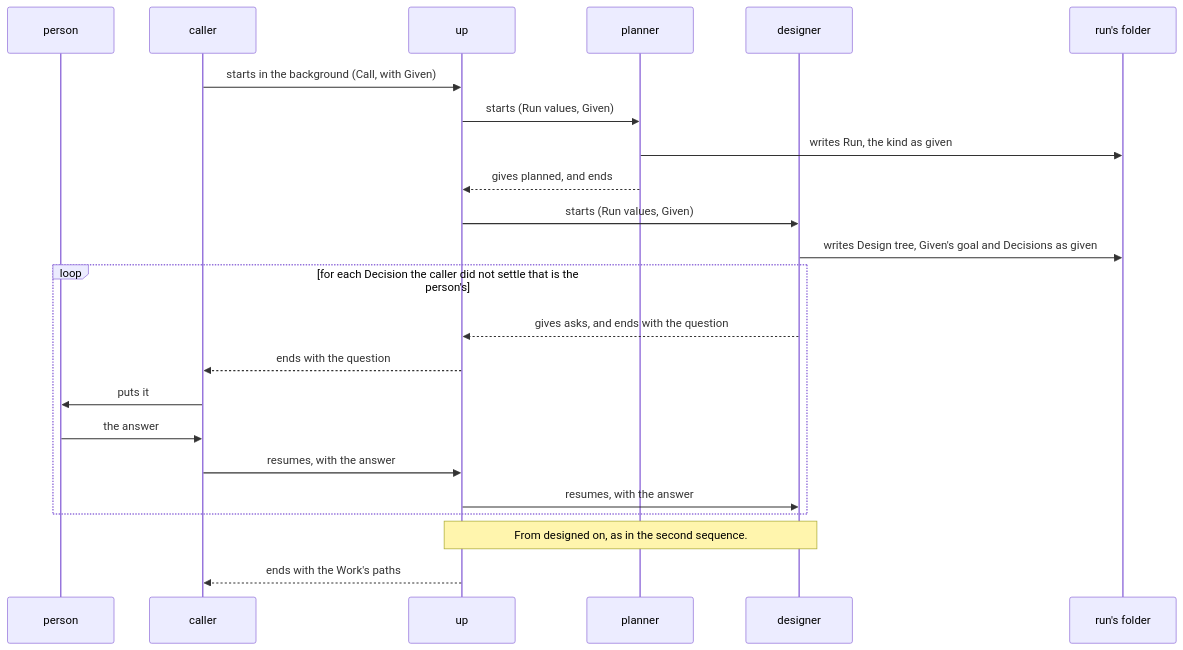
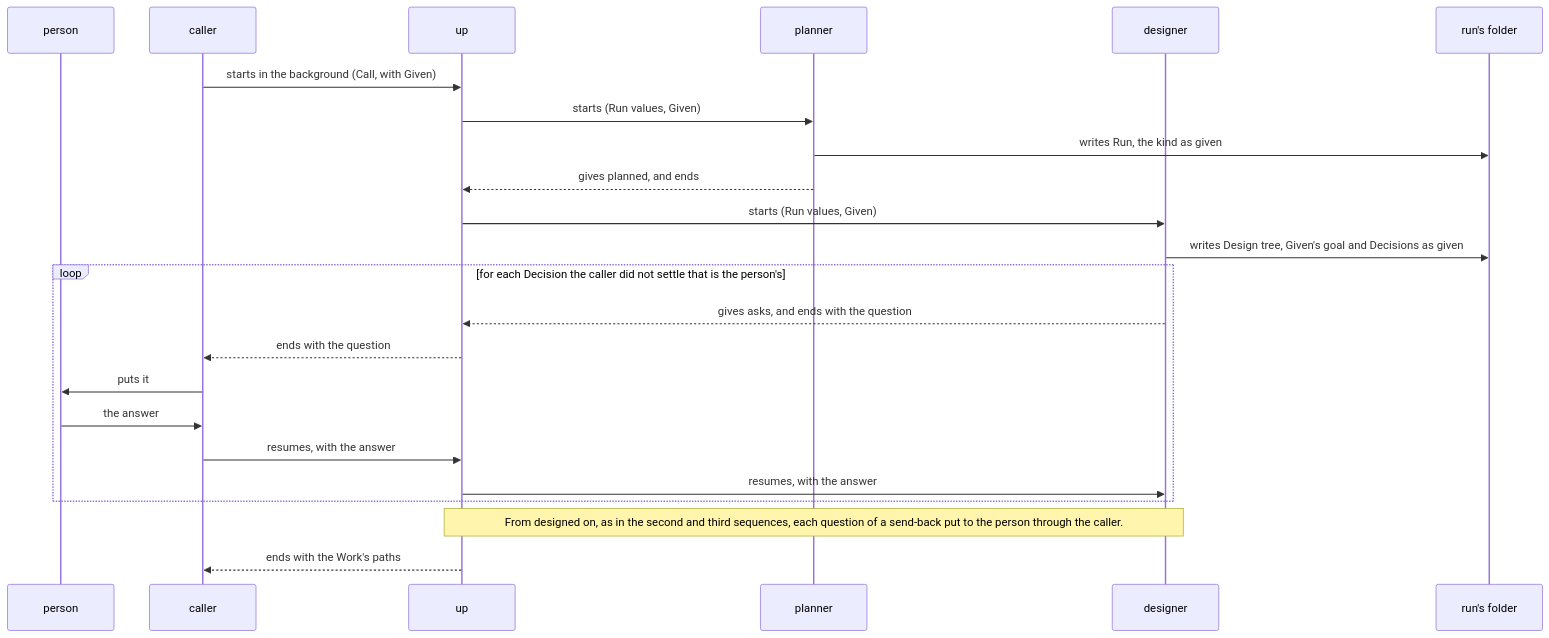
Before and after one commit to lovaizu/ccpm: the seventh of 9 diagrams in dev/turn/architecture.md, drawn with Mermaid. The commit also changed other lines of this file and 4 other files, not shown here.

````diff
--- a/dev/turn/architecture.md
+++ b/dev/turn/architecture.md
@@ -483,25 +557,25 @@
 ```mermaid
 sequenceDiagram
   participant P as person
   participant N as caller
   participant U as up
   participant PL as planner
   participant D as designer
   participant F as run's folder
   N->>U: starts in the background (Call, with Given)
   U->>PL: starts (Run values, Given)
   PL->>F: writes Run, the kind as given
   PL-->>U: gives planned, and ends
   U->>D: starts (Run values, Given)
   D->>F: writes Design tree, Given's goal and Decisions as given
   loop for each Decision the caller did not settle that is the person's
     D-->>U: gives asks, and ends with the question
     U-->>N: ends with the question
     N->>P: puts it
     P->>N: the answer
     N->>U: resumes, with the answer
     U->>D: resumes, with the answer
   end
-  Note over U,D: From designed on, as in the second sequence.
+  Note over U,D: From designed on, as in the second and third sequences, each question of a send-back put to the person through the caller.
   U-->>N: ends with the Work's paths
 ```
````
